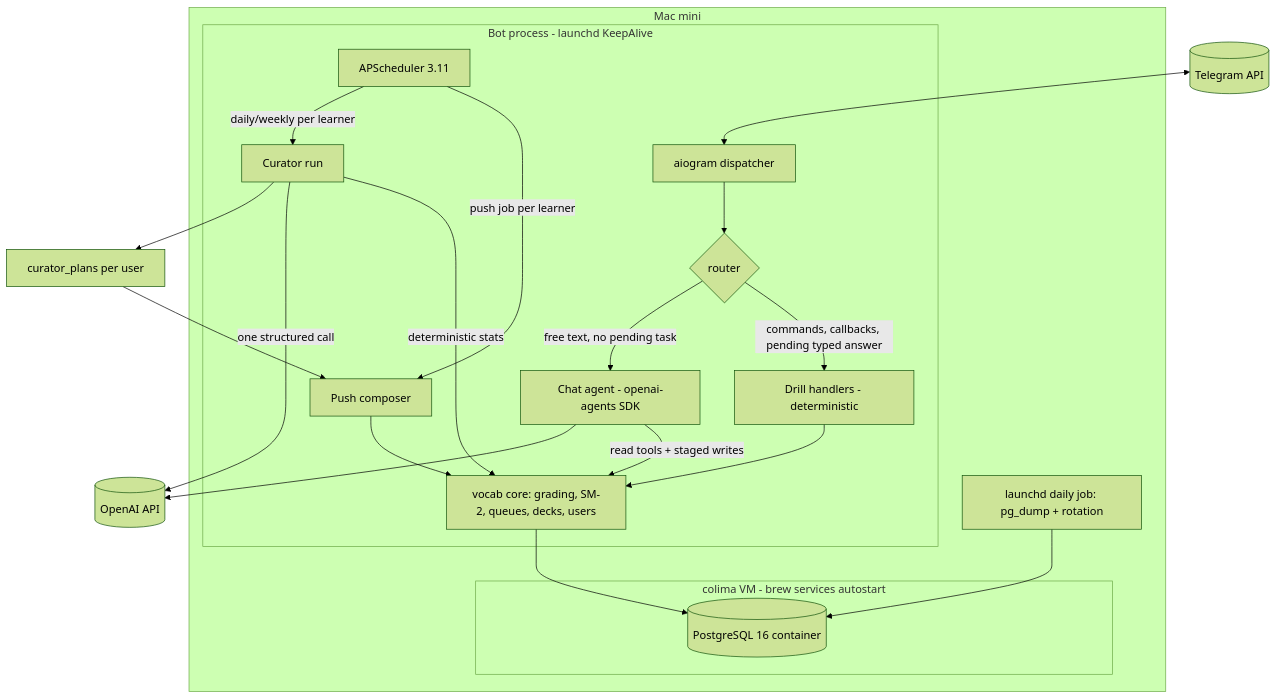
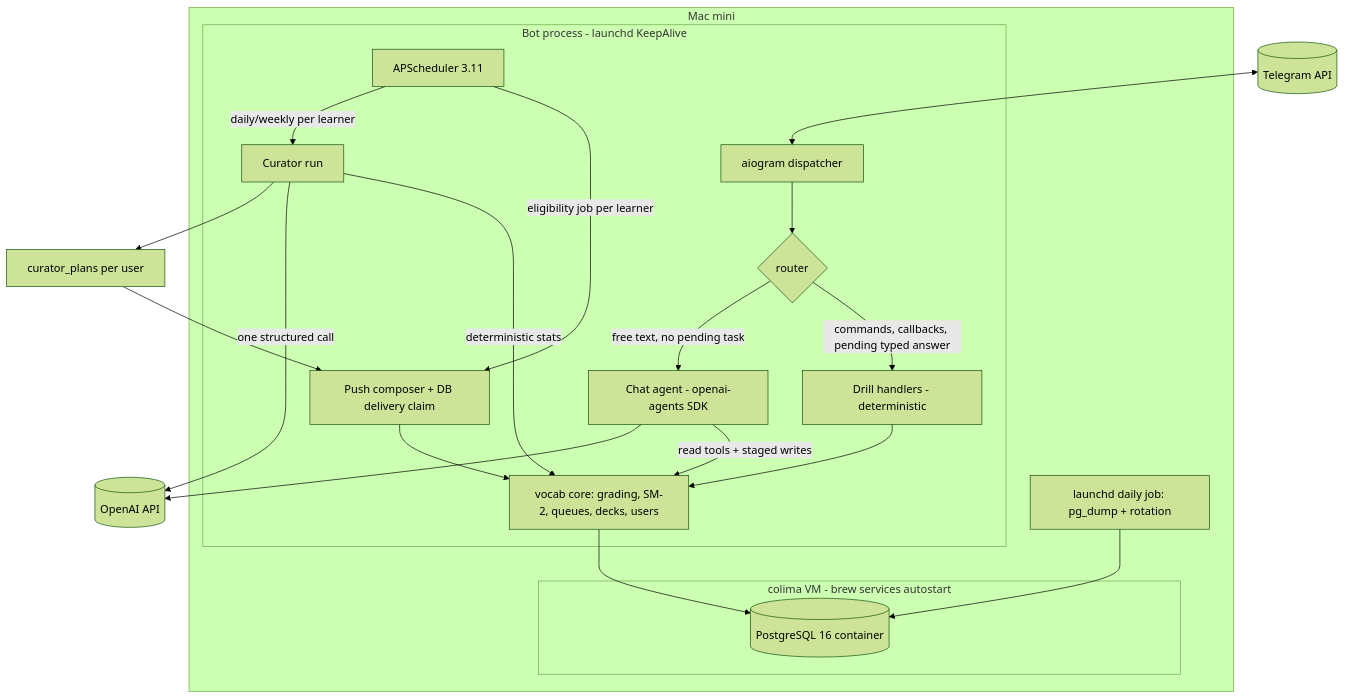
Before and after one commit to dykhalkin/words-trainer: the second of 3 diagrams in docs/plans/2026-07-20-001-feat-telegram-vocab-trainer-plan.md, drawn with Mermaid (forest theme). The commit also changed other lines of this file and 66 other files, not shown here.

````diff
--- a/docs/plans/2026-07-20-001-feat-telegram-vocab-trainer-plan.md
+++ b/docs/plans/2026-07-20-001-feat-telegram-vocab-trainer-plan.md
@@ -201,27 +205,27 @@
 ```mermaid
 flowchart TB
     TG[(Telegram API)] <--> DISP[aiogram dispatcher]
     subgraph MAC [Mac mini]
         subgraph PROC [Bot process - launchd KeepAlive]
             DISP --> ROUTE{router}
             ROUTE -->|commands, callbacks, pending typed answer| DRILL[Drill handlers - deterministic]
             ROUTE -->|free text, no pending task| AGENT[Chat agent - openai-agents SDK]
-            SCHED[APScheduler 3.11] -->|push job per learner| PUSH[Push composer]
+            SCHED[APScheduler 3.11] -->|eligibility job per learner| PUSH[Push composer + DB delivery claim]
             SCHED -->|daily/weekly per learner| CUR[Curator run]
             DRILL --> CORE[vocab core: grading, SM-2, queues, decks, users]
             PUSH --> CORE
             AGENT -->|read tools + staged writes| CORE
             CUR -->|deterministic stats| CORE
         end
         subgraph COLIMA [colima VM - brew services autostart]
             PG[(PostgreSQL 16 container)]
         end
         BAK[launchd daily job: pg_dump + rotation]
     end
     CORE --> PG
     BAK --> PG
     CUR -->|one structured call| OAI[(OpenAI API)]
     AGENT --> OAI
     CUR --> PLANS[curator_plans per user]
     PLANS --> PUSH
 ```
````
